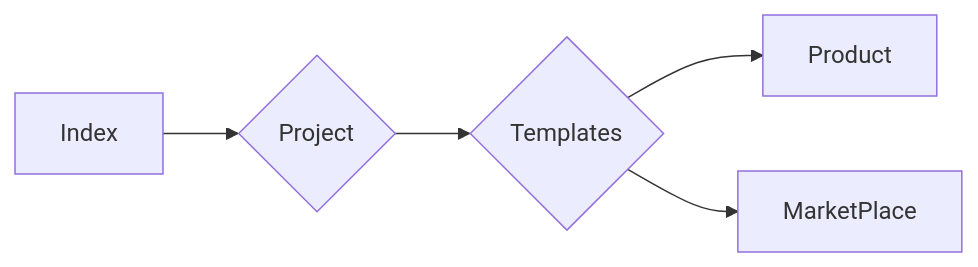
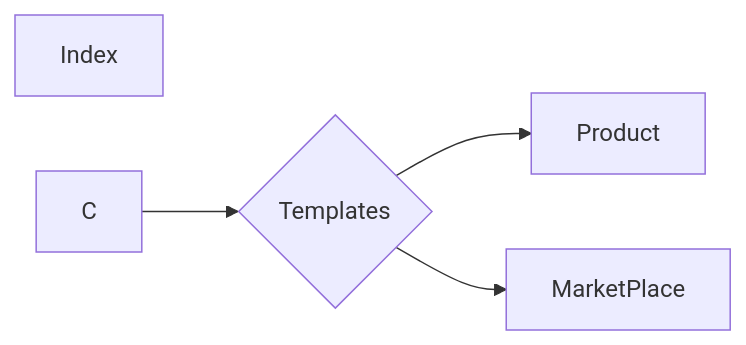
The diagram in readme.md (SauloCandeira/temperature-calculator), drawn with Mermaid before and after one commit.

````diff
--- a/readme.md
+++ b/readme.md
@@ -7,11 +7,9 @@
 ```mermaid
 flowchart LR
 B[Index]
-
-B --> C{Project}
 
 C --> D{Templates}
 D --> E[Product]
 D --> F[MarketPlace]
 
 ```
````
